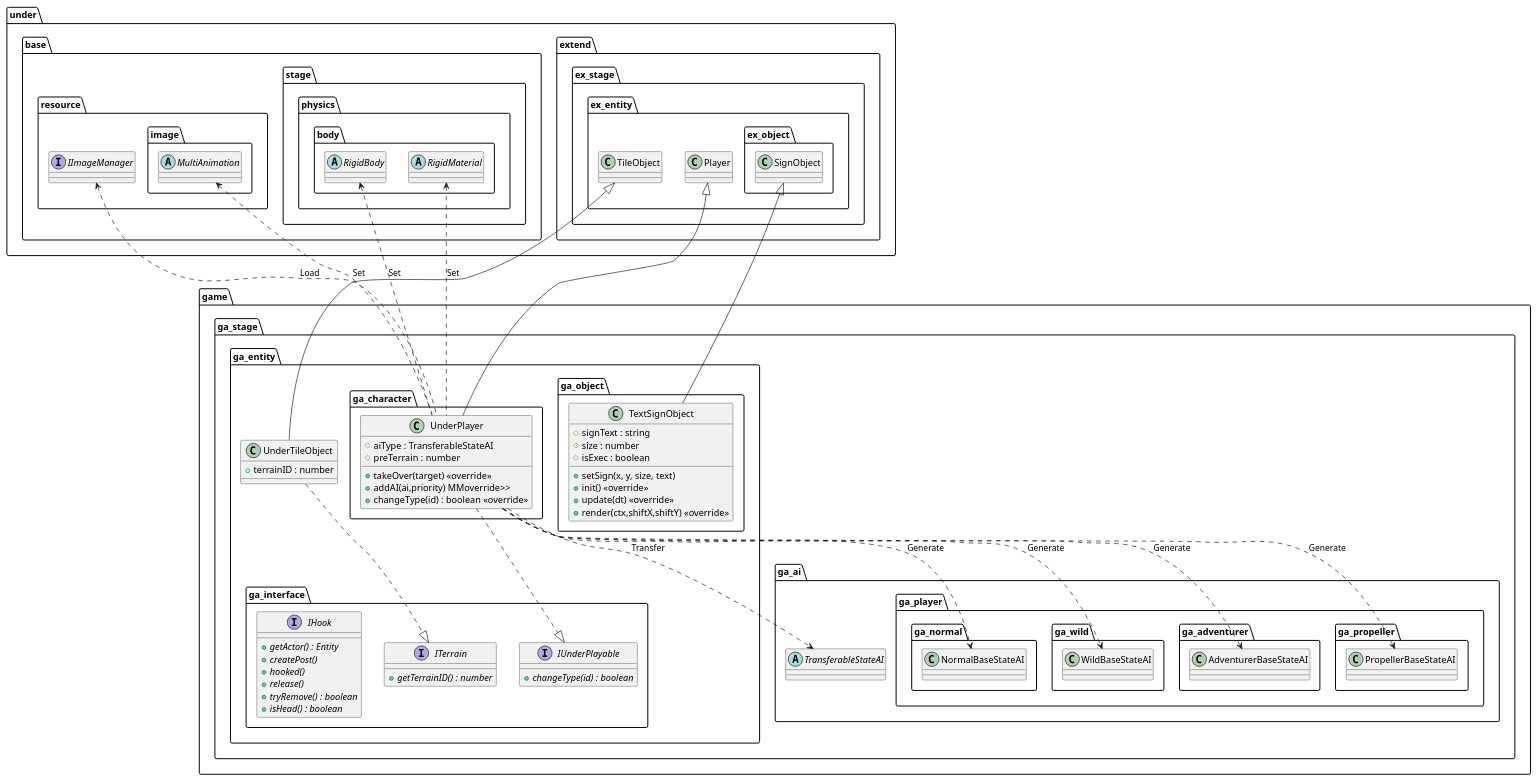
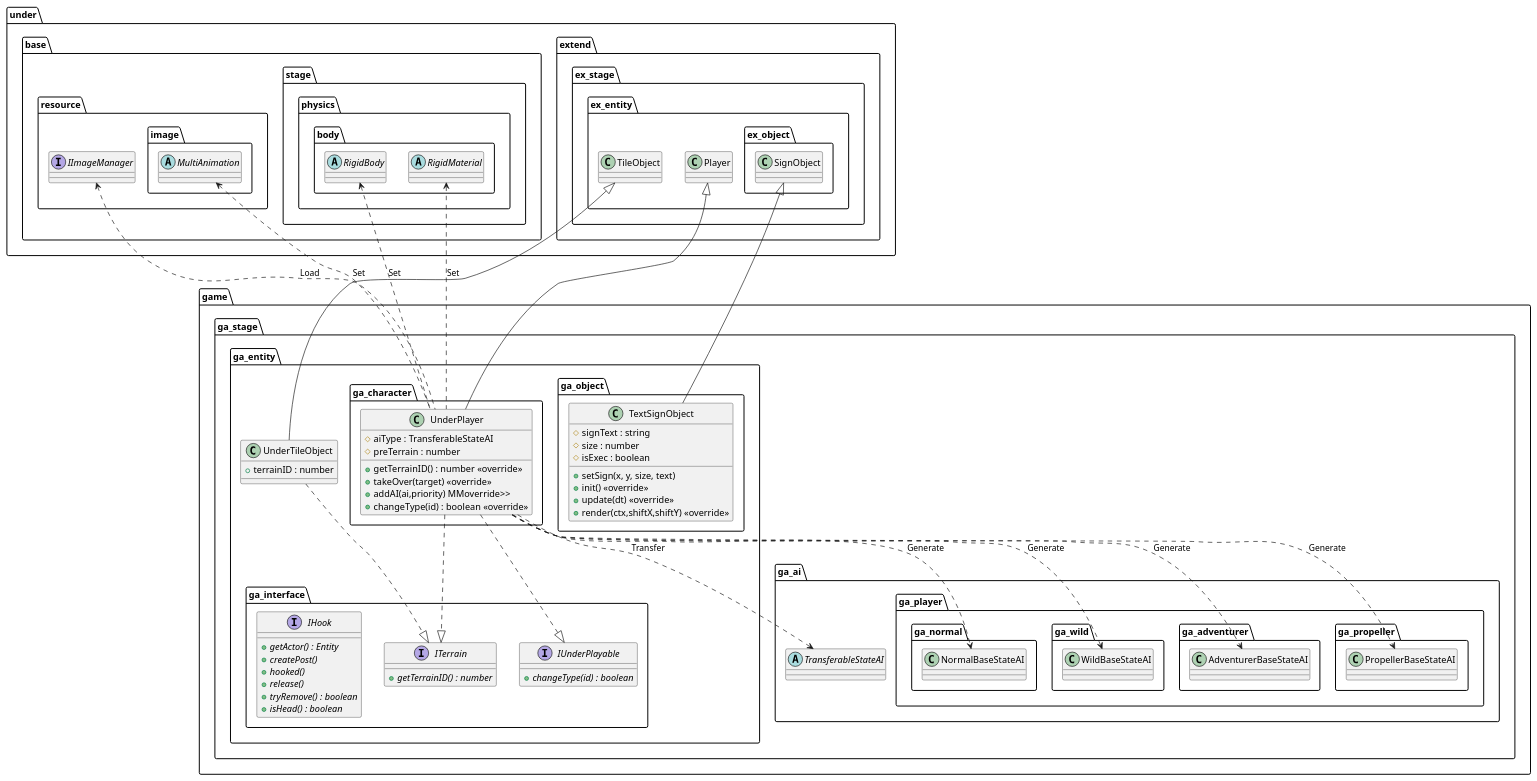
Before and after one commit to Expine/Under: the diagram in uml/entity/Game.wsd, drawn with PlantUML. The commit also changed 42 other files, not shown here.

```diff
--- a/uml/entity/Game.wsd
+++ b/uml/entity/Game.wsd
@@ -1,116 +1,118 @@
 @startuml EntityGame
 package game {
     package ga_stage {
         package ga_entity {
             class UnderTileObject {
                 +terrainID : number
             }
             package ga_character {
                 class UnderPlayer {
                     #aiType : TransferableStateAI
                     #preTerrain : number
+                    +getTerrainID() : number <<override>>
                     +takeOver(target) <<override>>
                     +addAI(ai,priority) MMoverride>>
                     +changeType(id) : boolean <<override>>
                 }
             }
             package ga_object {
                 class TextSignObject {
                     #signText : string
                     #size : number
                     #isExec : boolean
                     +setSign(x, y, size, text)
                     +init() <<override>>
                     +update(dt) <<override>>
                     +render(ctx,shiftX,shiftY) <<override>>
                 }
             }
             package ga_interface {
                 interface ITerrain {
                     {abstract} +getTerrainID() : number
                 }
                 interface IUnderPlayable {
                     {abstract} +changeType(id) : boolean
                 }
                 interface IHook {
                     {abstract} +getActor() : Entity
                     {abstract} +createPost()
                     {abstract} +hooked()
                     {abstract} +release()
                     {abstract} +tryRemove() : boolean
                     {abstract} +isHead() : boolean
                 }
             }
         }
     }
 }
 
 package under {
     package base {
         package resource {
             interface IImageManager
             package image {
                 abstract MultiAnimation
             }
         }
         package stage {
             package physics {
                 package body {
                     abstract RigidBody
                     abstract RigidMaterial
                 }
             }
         }
     }
     package extend {
         package ex_stage {
             package ex_entity {
                 class TileObject
                 class Player
                 package ex_object {
                     class SignObject
                 }
             }
         }
     }
 }
 package game {
     package ga_stage {
         package ga_ai {
             abstract TransferableStateAI
             package ga_player {
                 package ga_normal {
                     class NormalBaseStateAI
                 }
                 package ga_wild {
                     class WildBaseStateAI
                 }
                 package ga_adventurer {
                     class AdventurerBaseStateAI
                 }
                 package ga_propeller {
                     class PropellerBaseStateAI
                 }
             }
         }
     }
 }
 
 UnderPlayer ..> WildBaseStateAI : Generate
 UnderPlayer ..> NormalBaseStateAI : Generate
 UnderPlayer ..> AdventurerBaseStateAI : Generate
 UnderPlayer ..> PropellerBaseStateAI : Generate
 UnderPlayer ..> TransferableStateAI : Transfer
 RigidBody <.. UnderPlayer : Set
 RigidMaterial <.. UnderPlayer : Set
 MultiAnimation <.. UnderPlayer : Set
 IImageManager <.. UnderPlayer : Load
 
 Player <|-- UnderPlayer
 UnderPlayer ..|> IUnderPlayable
+UnderPlayer ..|>  ITerrain
 TileObject <|-- UnderTileObject
 UnderTileObject ..|> ITerrain
 
 SignObject <|-- TextSignObject
 
 @enduml
```
